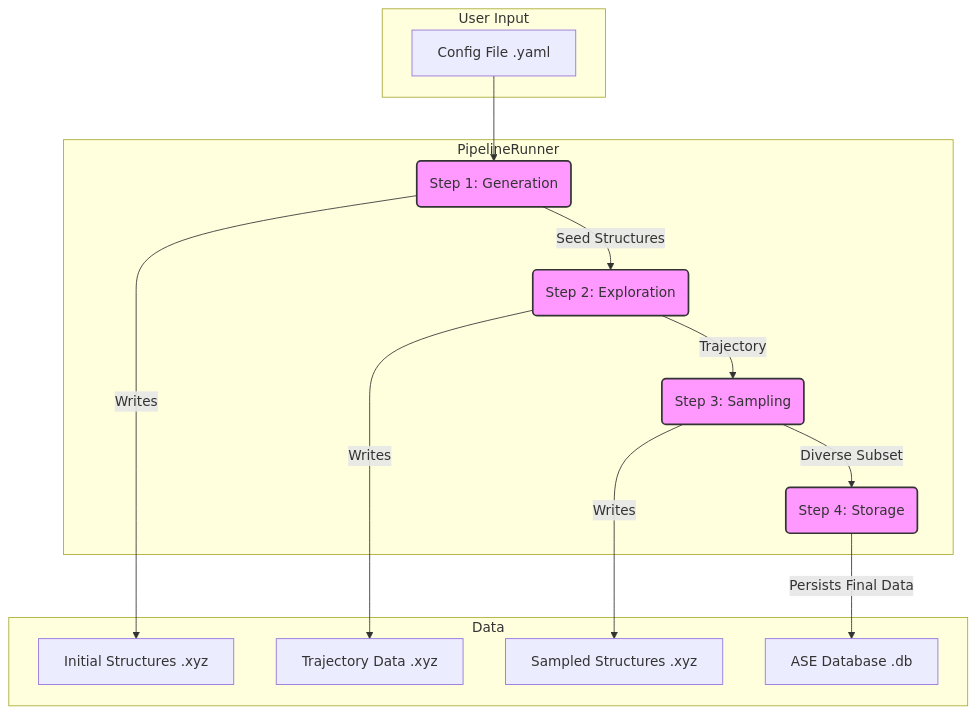
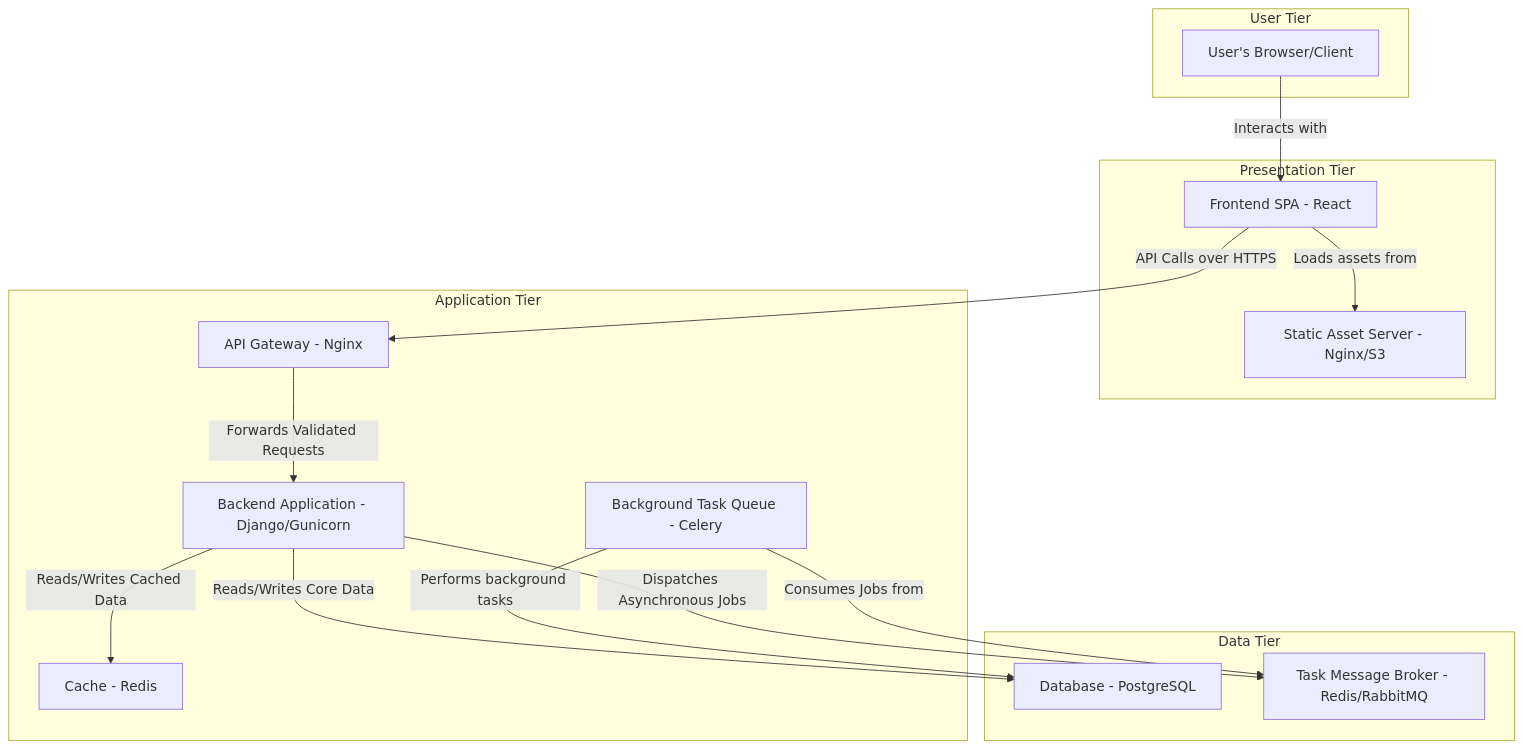
The diagram in dev_documents/system_prompts/SYSTEM_ARCHITECTURE.md (tsuyama1990/ac-cdd), drawn with Mermaid before and after one commit. The commit also changed other lines of this file and 5 other files, not shown here.

First line of the commit message:
feat: Generate complete architectural documentation set

````diff
--- a/dev_documents/system_prompts/SYSTEM_ARCHITECTURE.md
+++ b/dev_documents/system_prompts/SYSTEM_ARCHITECTURE.md
@@ -50,32 +35,33 @@
 ```mermaid
 graph TD
-    subgraph User Input
-        A[Config File .yaml]
+    subgraph User Tier
+        A[User's Browser/Client]
     end
 
-    subgraph PipelineRunner
-        B(Step 1: Generation)
-        C(Step 2: Exploration)
-        D(Step 3: Sampling)
-        E(Step 4: Storage)
+    subgraph Presentation Tier
+        B[Frontend SPA - React]
+        C[Static Asset Server - Nginx/S3]
     end
 
-    subgraph Data
-        F[Initial Structures .xyz]
-        G[Trajectory Data .xyz]
-        H[Sampled Structures .xyz]
-        I[ASE Database .db]
+    subgraph Application Tier
+        D[API Gateway - Nginx]
+        E[Backend Application - Django/Gunicorn]
+        G[Background Task Queue - Celery]
+        H[Cache - Redis]
     end
 
-    A --> B
-    B -- Seed Structures --> C
-    B -- Writes --> F
-    C -- Trajectory --> D
-    C -- Writes --> G
-    D -- Diverse Subset --> E
-    D -- Writes --> H
-    E -- Persists Final Data --> I
+    subgraph Data Tier
+        F[Database - PostgreSQL]
+        I[Task Message Broker - Redis/RabbitMQ]
+    end
 
-    classDef stage fill:#f9f,stroke:#333,stroke-width:2px;
-    class B,C,D,E stage;
+    A -- Interacts with --> B;
+    B -- Loads assets from --> C;
+    B -- API Calls over HTTPS --> D;
+    D -- Forwards Validated Requests --> E;
+    E -- Reads/Writes Core Data --> F;
+    E -- Reads/Writes Cached Data --> H;
+    E -- Dispatches Asynchronous Jobs --> I;
+    G -- Consumes Jobs from --> I;
+    G -- Performs background tasks --> F;
 ```
````
